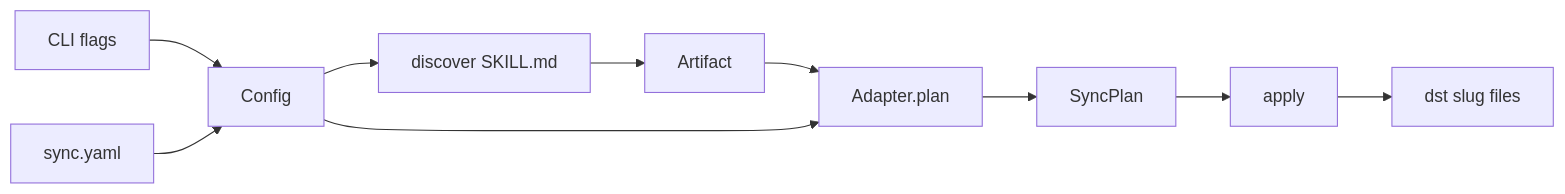
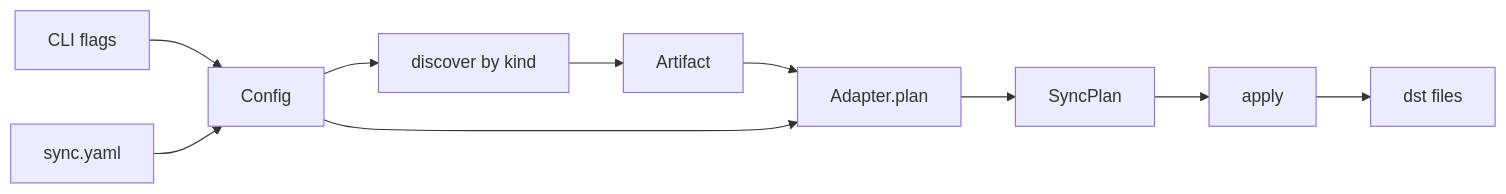
One commit to yliapis/agent-tool-box changed the diagram in docs/specs/atb-sync.md. Above: the diagram before and after it, drawn with Mermaid. The commit also changed other lines of this file, not shown here.

First line of the commit message:
docs(atb-sync): add flatten-copy Kind seam

````diff
--- a/docs/specs/atb-sync.md
+++ b/docs/specs/atb-sync.md
@@ -16,14 +16,14 @@
 ```mermaid
 flowchart LR
   flags[CLI flags]
   yaml[sync.yaml]
   flags --> config[Config]
   yaml --> config
-  config --> discover[discover SKILL.md]
+  config --> discover[discover by kind]
   discover --> artifacts[Artifact]
   artifacts --> plan[Adapter.plan]
   config --> plan
   plan --> syncPlan[SyncPlan]
   syncPlan --> apply[apply]
-  apply --> disk[dst slug files]
+  apply --> disk[dst files]
 ```
````
